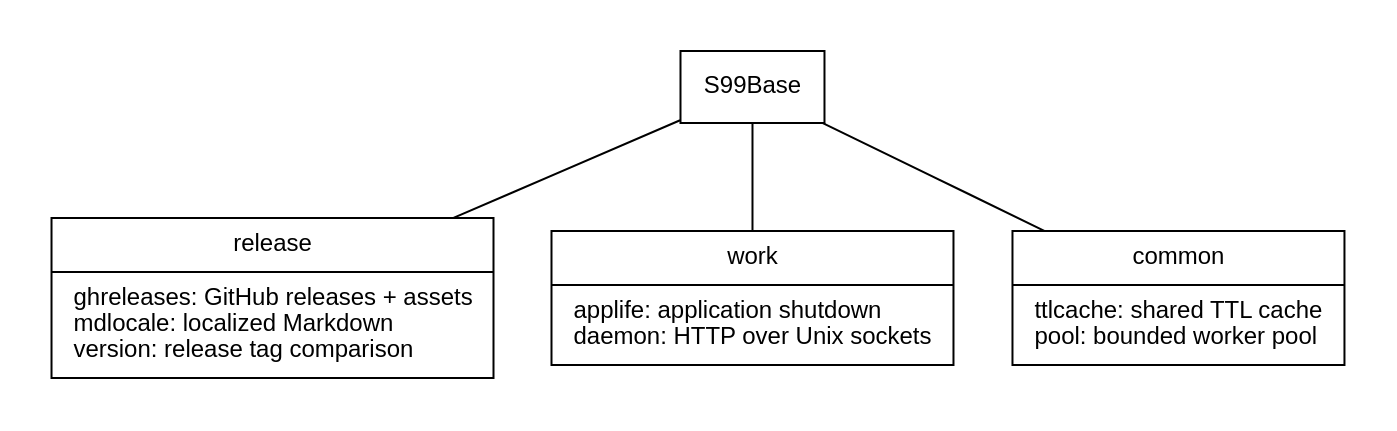
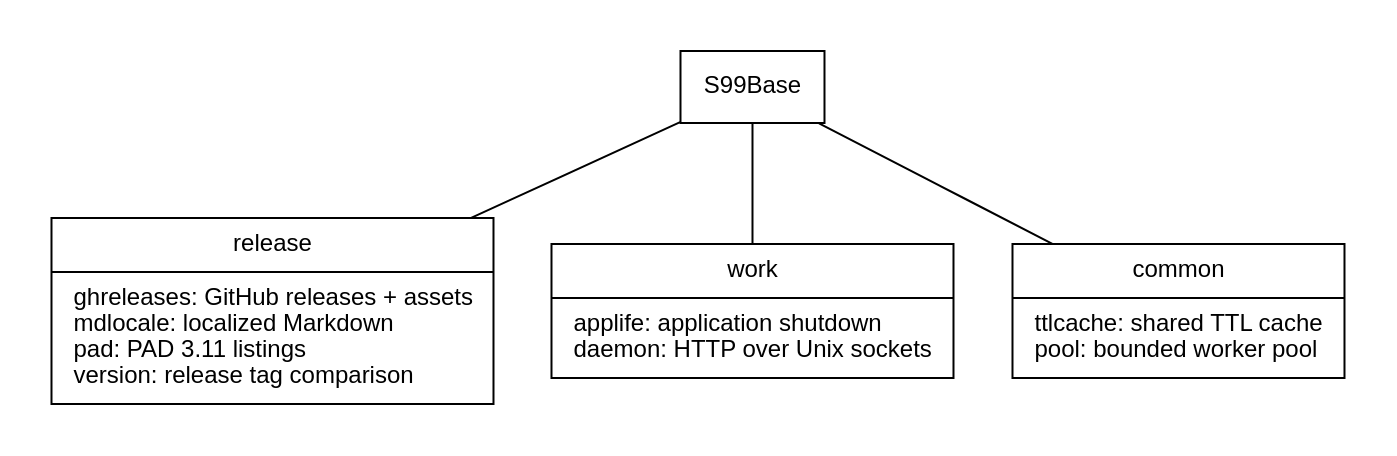
One commit to smegg99/S99Base changed the diagram in docs/contents.dot. Above: the diagram before and after it, drawn with Graphviz. The commit also changed 9 other files, not shown here.

```diff
--- a/docs/contents.dot
+++ b/docs/contents.dot
@@ -1,12 +1,12 @@
 // docs/contents.dot
 // Render: dot -Tsvg docs/contents.dot -o docs/contents.svg
 digraph contents {
   graph [bgcolor="white", pad=0.25, nodesep=0.4, ranksep=0.65];
   node [shape=record, fontname="Arial", fontsize=12, margin="0.15,0.1"];
   edge [fontname="Arial", fontsize=10, arrowsize=0.7];
   root [label="S99Base", shape=box];
-  release [label="{release|ghreleases: GitHub releases + assets\lmdlocale: localized Markdown\lversion: release tag comparison\l}"];
+  release [label="{release|ghreleases: GitHub releases + assets\lmdlocale: localized Markdown\lpad: PAD 3.11 listings\lversion: release tag comparison\l}"];
   work [label="{work|applife: application shutdown\ldaemon: HTTP over Unix sockets\l}"];
   common [label="{common|ttlcache: shared TTL cache\lpool: bounded worker pool\l}"];
   root -> { release work common } [dir=none];
 }
```
